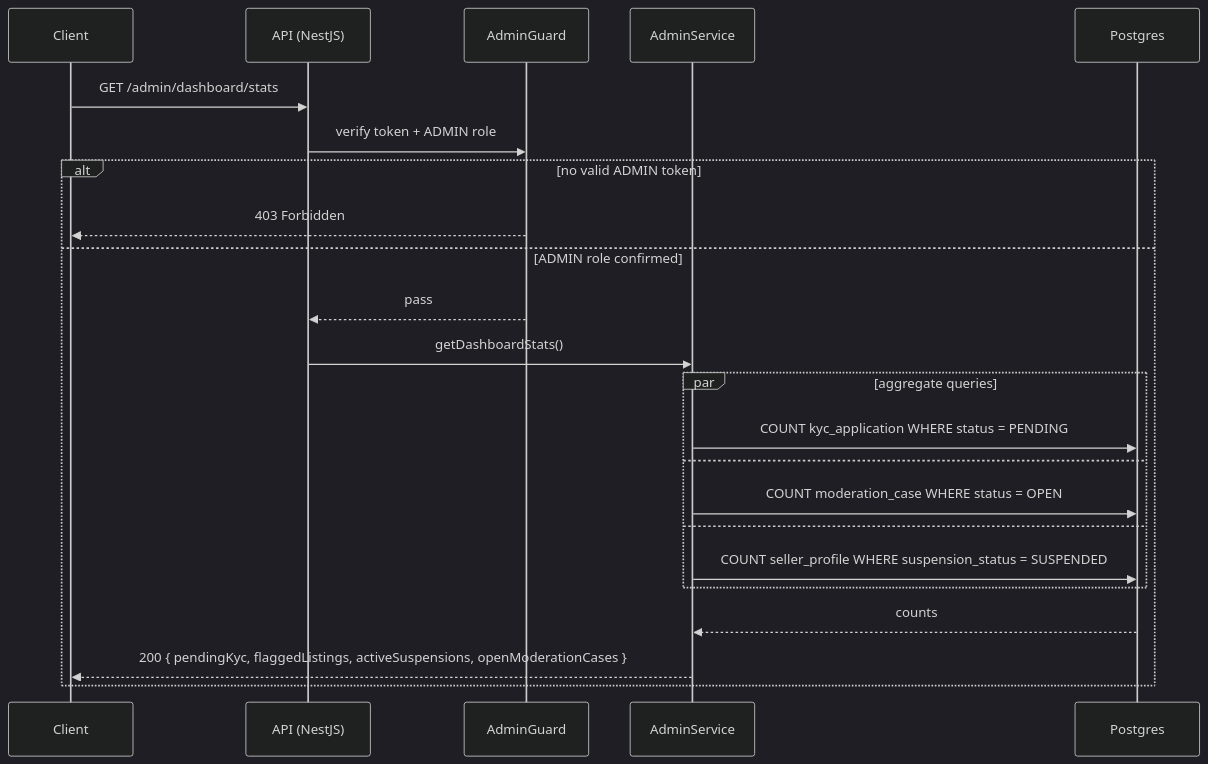
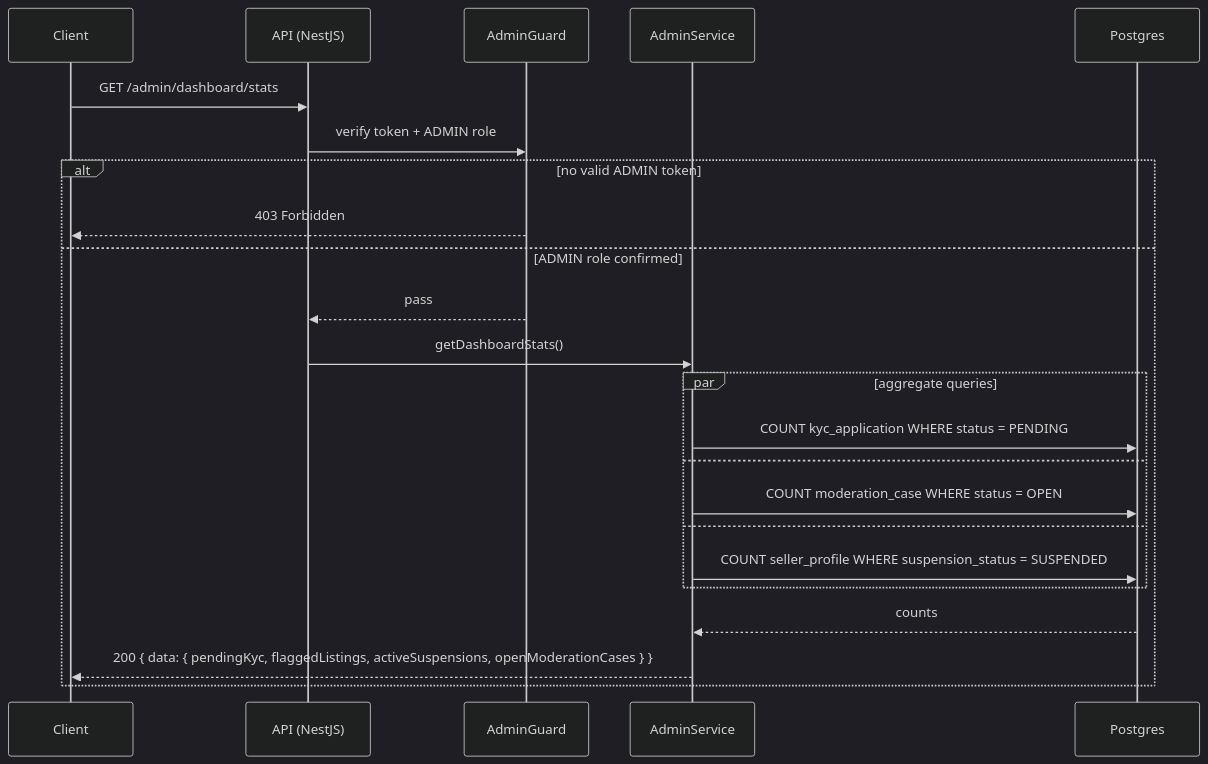
One commit to alisa-uthi/aliceut-ecom-document changed diagram 12 of 12 in phase-1/technical-design/api-design/admin.md. Above: the diagram before and after it, drawn with Mermaid (dark theme). The commit also changed other lines of this file and 22 other files, not shown here.

````diff
--- a/phase-1/technical-design/api-design/admin.md
+++ b/phase-1/technical-design/api-design/admin.md
@@ -646,26 +652,26 @@
 ```mermaid
 sequenceDiagram
     participant C as Client
     participant API as API (NestJS)
     participant G as AdminGuard
     participant S as AdminService
     participant PG as Postgres
 
     C->>API: GET /admin/dashboard/stats
     API->>G: verify token + ADMIN role
     alt no valid ADMIN token
         G-->>C: 403 Forbidden
     else ADMIN role confirmed
         G-->>API: pass
         API->>S: getDashboardStats()
         par aggregate queries
             S->>PG: COUNT kyc_application WHERE status = PENDING
         and
             S->>PG: COUNT moderation_case WHERE status = OPEN
         and
             S->>PG: COUNT seller_profile WHERE suspension_status = SUSPENDED
         end
         PG-->>S: counts
-        S-->>C: 200 { pendingKyc, flaggedListings, activeSuspensions, openModerationCases }
+        S-->>C: 200 { data: { pendingKyc, flaggedListings, activeSuspensions, openModerationCases } }
     end
 ```
````
